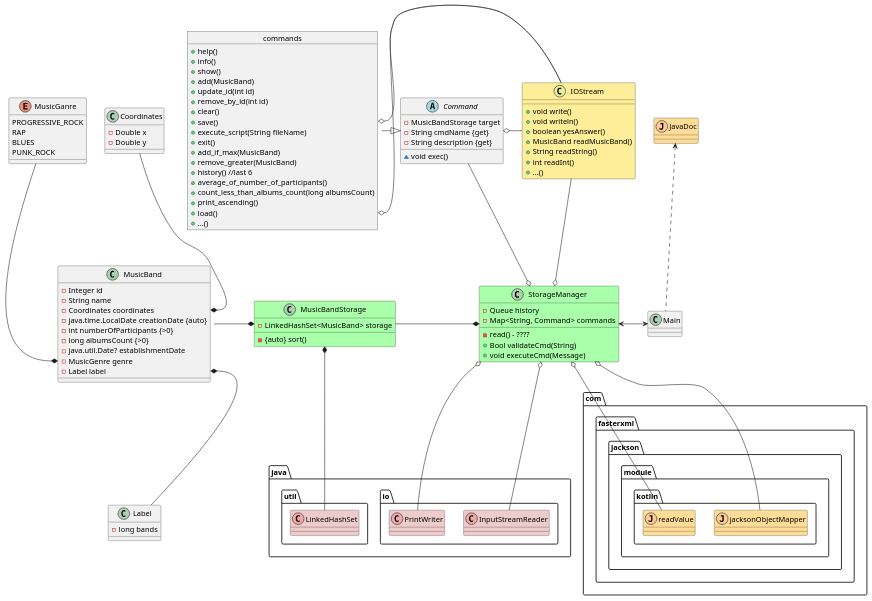
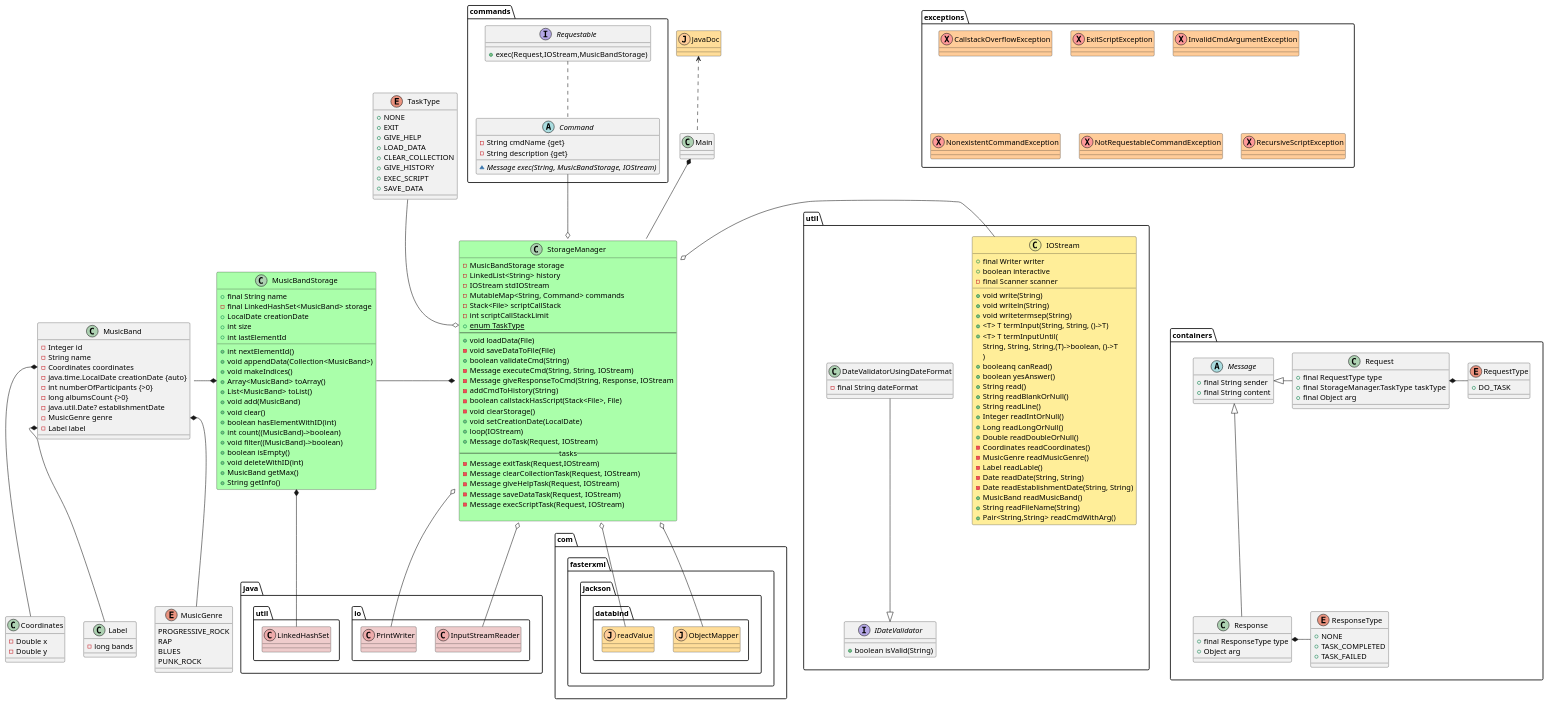
One commit to e1turin/itmo-programming changed the diagram in lab-5-kotlin/Classes.puml. Above: the diagram before and after it, drawn with PlantUML. The commit also changed 5 other files, not shown here.

Commit message:
uml diagram fixed

```diff
--- a/lab-5-kotlin/Classes.puml
+++ b/lab-5-kotlin/Classes.puml
@@ -8,7 +8,7 @@
 class Label {
     - long bands
 }
-enum MusicGanre {
+enum MusicGenre {
     PROGRESSIVE_ROCK
     RAP
     BLUES
@@ -26,65 +26,100 @@
     - Label label
 }
 
-Coordinates --* MusicBand::coordinates
+Coordinates -u-* MusicBand::coordinates
 Label -up-* MusicBand::label
-MusicGanre --* MusicBand::genre
+MusicGenre -u-* MusicBand::genre
 
 class MusicBandStorage #AAFFAA {
-    - LinkedHashSet<MusicBand> storage
-    - {auto} sort()
+    + final String name
+    - final LinkedHashSet<MusicBand> storage
+    + LocalDate creationDate
+    + int size
+    + int lastElementId
+    + int nextElementId()
+    + void appendData(Collection<MusicBand>)
+    + void makeIndices()
+    + Array<MusicBand> toArray()
+    + List<MusicBand> toList()
+    + void add(MusicBand)
+    + void clear()
+    + boolean hasElementWithID(int)
+    + int count((MusicBand)->boolean)
+    + void filter((MusicBand)->boolean)
+    + boolean isEmpty()
+    + void deleteWithID(int)
+    + MusicBand getMax()
+    + String getInfo()
 
 }
 
 MusicBand -* MusicBandStorage
+class StorageManager #AAFFAA {
+    - MusicBandStorage storage
+    - LinkedList<String> history
+    - IOStream stdIOStream
+    - MutableMap<String, Command> commands
+    - Stack<File> scriptCallStack
+    - int scriptCallStackLimit
+    + {static} enum TaskType
+    ---
+    + void loadData(File)
+    - void saveDataToFile(File)
+    + boolean validateCmd(String)
+    - Message executeCmd(String, String, IOStream)
+    - Message giveResponseToCmd(String, Response, IOStream
+    - addCmdToHistory(String)
+    - boolean callstackHasScript(Stack<File>, File)
+    - void clearStorage()
+    + void setCreationDate(LocalDate)
+    + loop(IOStream)
+    + Message doTask(Request, IOStream)
+    --tasks--
+    - Message exitTask(Request,IOStream)
+    - Message clearCollectionTask(Request, IOStream)
+    - Message giveHelpTask(Request, IOStream)
+    - Message saveDataTask(Request, IOStream)
+    - Message execScriptTask(Request, IOStream)
+
+}
+
+enum TaskType {
+    + NONE
+    + EXIT
+    + GIVE_HELP
+    + LOAD_DATA
+    + CLEAR_COLLECTION
+    + GIVE_HISTORY
+    + EXEC_SCRIPT
+    + SAVE_DATA
+}
+
+TaskType -d-o StorageManager::enum
+package commands {
 abstract class Command {
-    - MusicBandStorage target
     - String cmdName {get}
     - String description {get}
 
-    ~ void exec()
-}
-'interface ICommand {
-'}
-object commands{
-    + help()
-    + info()
-    + show()
-    + add(MusicBand)
-    + update_id(int id)
-    + remove_by_id(int id)
-    + clear()
-    + save()
-    + execute_script(String fileName)
-    + exit()
-    + add_if_max(MusicBand)
-    + remove_greater(MusicBand)
-    + history() //last 6
-    + average_of_number_of_participants()
-    + count_less_than_albums_count(long albumsCount)
-    + print_ascending()
-    + load()
-    + ...()
+    ~ {abstract}Message exec(String, MusicBandStorage, IOStream)
 }
 
-commands -|> Command
+interface Requestable{
+    + exec(Request,IOStream,MusicBandStorage)
+}
+Requestable .. Command
+}
 
 
-class StorageManager #AAFFAA {
-    - Queue history
-    - Map<String, Command> commands
-    - read() - ????
-    + Bool validateCmd(String)
-    + void executeCmd(Message)
-}
+
+
 
 class JavaDoc << (J, #FFCC99)>> #FFDD99
-Main .up.> JavaDoc
+Main .u.> JavaDoc
 
-class com.fasterxml.jackson.module.kotlin.jacksonObjectMapper << (J, #FFCC99)>> #FFDD99
-class com.fasterxml.jackson.module.kotlin.readValue << (J, #FFCC99)>> #FFDD99
-StorageManager o-- com.fasterxml.jackson.module.kotlin.readValue
-StorageManager o-- com.fasterxml.jackson.module.kotlin.jacksonObjectMapper
+class com.fasterxml.jackson.databind.ObjectMapper << (J, #FFCC99)>> #FFDD99
+class com.fasterxml.jackson.databind.readValue << (J, #FFCC99)>> #FFDD99
+StorageManager o-- com.fasterxml.jackson.databind.readValue
+StorageManager o-- com.fasterxml.jackson.databind.ObjectMapper
 
 class java.io.InputStreamReader << (C, #EEAAAA) >> #EFCCCC
 class java.io.PrintWriter << (C, #EEAAAA) >> #EFCCCC
@@ -95,25 +130,88 @@
 class java.util.LinkedHashSet << (C, #EEAAAA) >> #EFCCCC
 MusicBandStorage *-up- java.util.LinkedHashSet
 
-class IOStream << (C, #EEEE99)>> #FFEE99{
-    + void write()
-    + void writeln()
-    + boolean yesAnswer()
-    + MusicBand readMusicBand()
-    + String readString()
-    + int readInt()
-    + ...()
+package util {
+    IOStream -l-o StorageManager
+    interface IDateValidator {
+        + boolean isValid(String)
+    }
+    class DateValidatorUsingDateFormat {
+        - final String dateFormat
+    }
+    DateValidatorUsingDateFormat --|> IDateValidator
+    class IOStream << (C, #EEEE99)>> #FFEE99{
+        + final Writer writer
+        + boolean interactive
+        - final Scanner scanner
+        + void write(String)
+        + void writeln(String)
+        + void writetermsep(String)
+        + <T> T termInput(String, String, ()->T)
+        + <T> T termInputUntil(
+        String, String, String,(T)->boolean, ()->T
+        )
+        + booleanq canRead()
+        + boolean yesAnswer()
+        + String read()
+        + String readBlankOrNull()
+        + String readLine()
+        + Integer readIntOrNull()
+        + Long readLongOrNull()
+        + Double readDoubleOrNull()
+        - Coordinates readCoordinates()
+        - MusicGenre readMusicGenre()
+        - Label readLable()
+        - Date readDate(String, String)
+        - Date readEstablishmentDate(String, String)
+        + MusicBand readMusicBand()
+        + String readFileName(String)
+        + Pair<String,String> readCmdWithArg()
+    }
 }
-Command o- IOStream
-IOStream --o StorageManager
-commands::load o- IOStream
-commands::save o- IOStream
-
 Command --o StorageManager
 '(Command,StorageManager) - ICommand
 
 MusicBandStorage -* StorageManager
 
-StorageManager <-> Main
+StorageManager -up-* Main
+
+package containers{
+    abstract class Message{
+        + final String sender
+        + final String content
+    }
+    enum ResponseType{
+        + NONE
+        + TASK_COMPLETED
+        + TASK_FAILED
+    }
+    class Response {
+        + final ResponseType type
+        + Object arg
+    }
+    ResponseType -l-* Response
+    Response -u-|> Message
+    enum RequestType{
+        + DO_TASK
+    }
+    class Request {
+        + final RequestType type
+        + final StorageManager.TaskType taskType
+        + final Object arg
+    }
+    RequestType -l-* Request
+    Request -l-|> Message
+}
+
+package exceptions {
+    class CallstackOverflowException <<X, #FF9999>> #FFCC99
+    class ExitScriptException <<X, #FF9999>> #FFCC99
+    class InvalidCmdArgumentException <<X, #FF9999>> #FFCC99
+    class NonexistentCommandException <<X, #FF9999>> #FFCC99
+    class NotRequestableCommandException <<X, #FF9999>> #FFCC99
+    class RecursiveScriptException <<X, #FF9999>> #FFCC99
+}
+
+util -[hidden]r-> containers
 
 @enduml
```
